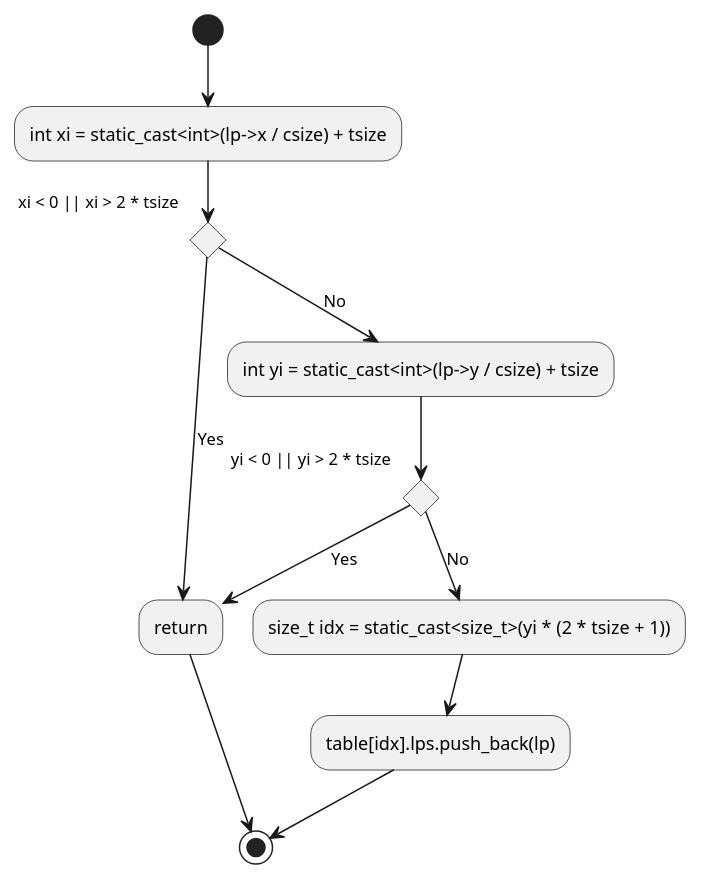
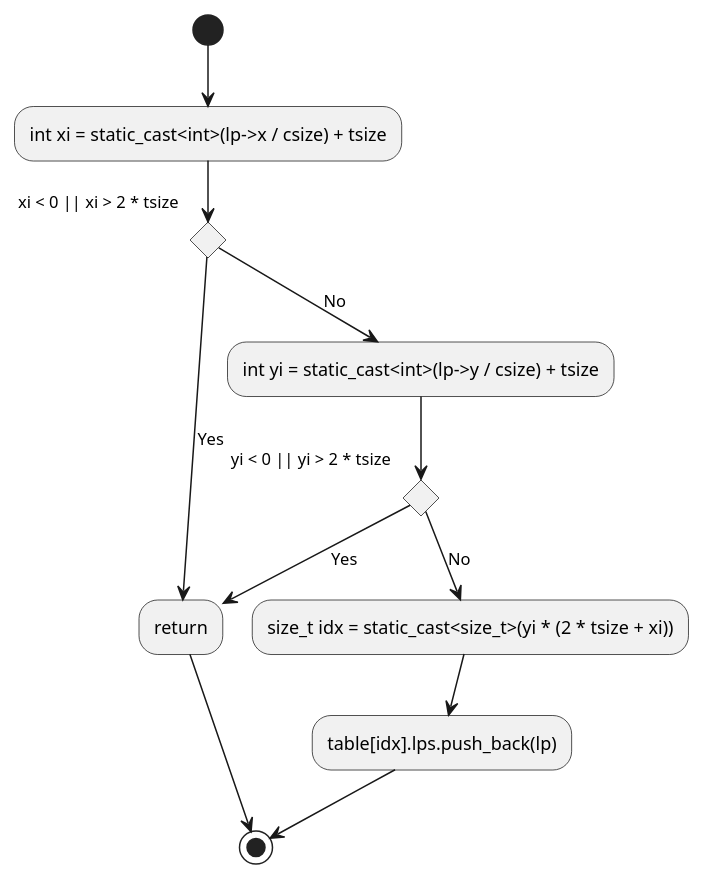
The diagram in PlantUML/NNGridTable/NNGridTable_Activity_addPoint.puml (ShisatoYano/SLAMDesignUML), drawn with PlantUML before and after one commit.

Commit message:
modified addPoint method diagram

```diff
--- a/PlantUML/NNGridTable/NNGridTable_Activity_addPoint.puml
+++ b/PlantUML/NNGridTable/NNGridTable_Activity_addPoint.puml
@@ -1,23 +1,23 @@
 @startuml
 
 /'
     to register scan point to grid table.
     input: const LPoint2D *lp
 '/
 
 (*) --> "int xi = static_cast<int>(lp->x / csize) + tsize"
 --> if "xi < 0 || xi > 2 * tsize"
     --> [Yes] "return"
     else
     --> [No] "int yi = static_cast<int>(lp->y / csize) + tsize"
     endif
 --> if "yi < 0 || yi > 2 * tsize"
     --> [Yes] "return"
     else
-    --> [No] "size_t idx = static_cast<size_t>(yi * (2 * tsize + 1))"
+    --> [No] "size_t idx = static_cast<size_t>(yi * (2 * tsize + xi))"
     endif
 --> "table[idx].lps.push_back(lp)"
 --> (*)
 "return" --> (*)
 
 @enduml
```
